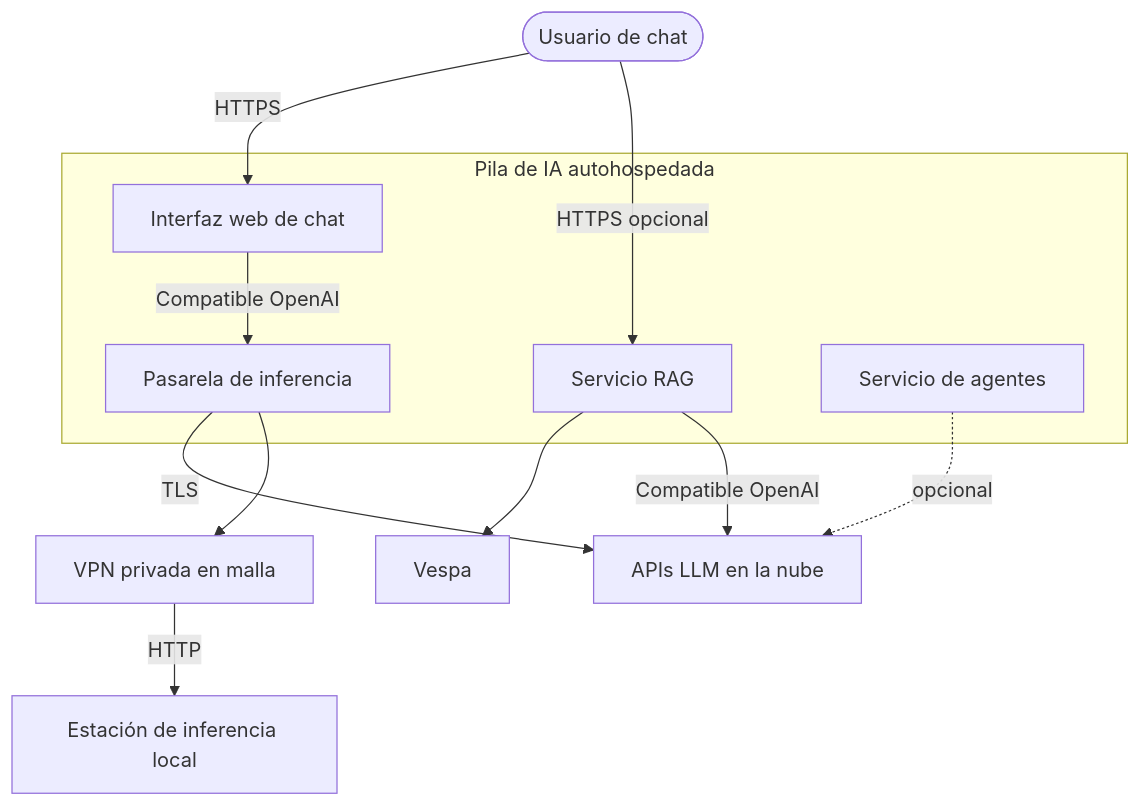
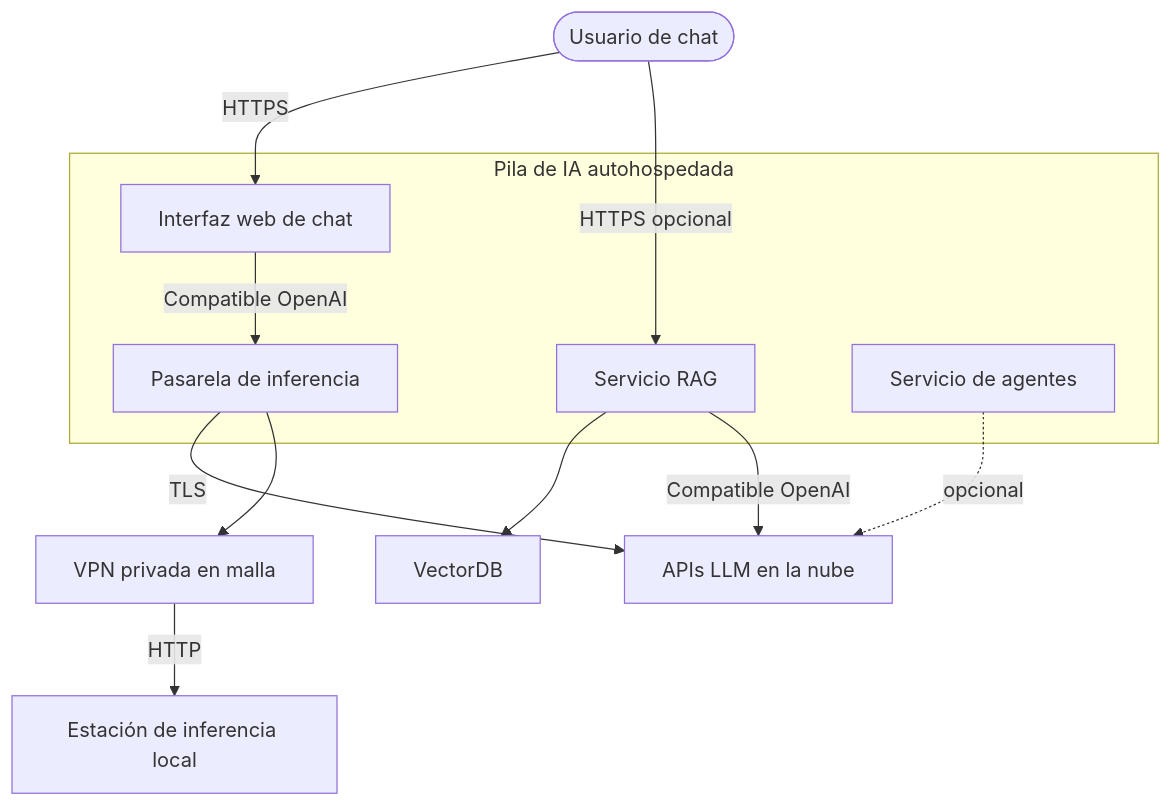
Before and after one commit to 13g4d0/docu-es: the diagram in docs/as-built/c4-context.md, drawn with Mermaid. The commit also changed other lines of this file and 15 other files, not shown here.

````diff
--- a/docs/as-built/c4-context.md
+++ b/docs/as-built/c4-context.md
@@ -5,26 +5,26 @@
 ```mermaid
 flowchart TB
   user([Usuario de chat])
 
   subgraph sol[Pila de IA autohospedada]
     webui[Interfaz web de chat]
     rag[Servicio RAG]
     gw[Pasarela de inferencia]
     agent[Servicio de agentes]
   end
 
   cloud[APIs LLM en la nube]
   local[Estación de inferencia local]
   mesh[VPN privada en malla]
-  vespa[Vespa]
+  vectordb[VectorDB]
 
   user -->|HTTPS| webui
   user -->|HTTPS opcional| rag
   webui -->|Compatible OpenAI| gw
   gw -->|TLS| cloud
   gw --> mesh
   mesh -->|HTTP| local
-  rag --> vespa
+  rag --> vectordb
   rag -->|Compatible OpenAI| cloud
   agent -.->|opcional| cloud
 ```
````
